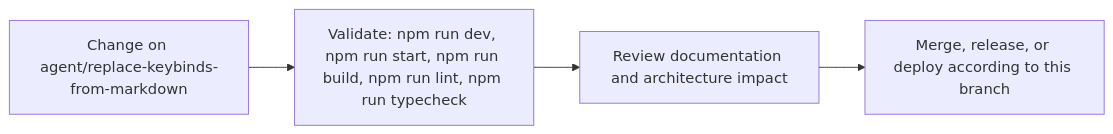
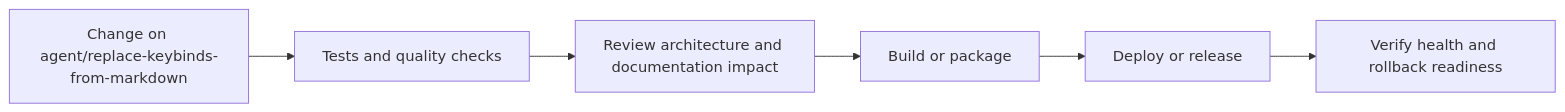
The fourth of 5 diagrams in README.md (Nischhalsubba/BindForge-NW), drawn with Mermaid before and after one commit. The commit also changed other lines of this file, not shown here.

````diff
--- a/README.md
+++ b/README.md
@@ -68,8 +154,8 @@
 ```mermaid
 flowchart LR
-    CHANGE["Change on agent/replace-keybinds-from-markdown"]
-    CHECK["Validate: npm run dev, npm run start, npm run build, npm run lint, npm run typecheck"]
-    REVIEW["Review documentation and architecture impact"]
-    RELEASE["Merge, release, or deploy according to this branch"]
-    CHANGE --> CHECK --> REVIEW --> RELEASE
+    CHANGE["Change on agent/replace-keybinds-from-markdown"] --> CHECK["Tests and quality checks"]
+    CHECK --> REVIEW["Review architecture and documentation impact"]
+    REVIEW --> BUILD["Build or package"]
+    BUILD --> DEPLOY["Deploy or release"]
+    DEPLOY --> VERIFY["Verify health and rollback readiness"]
 ```
````
